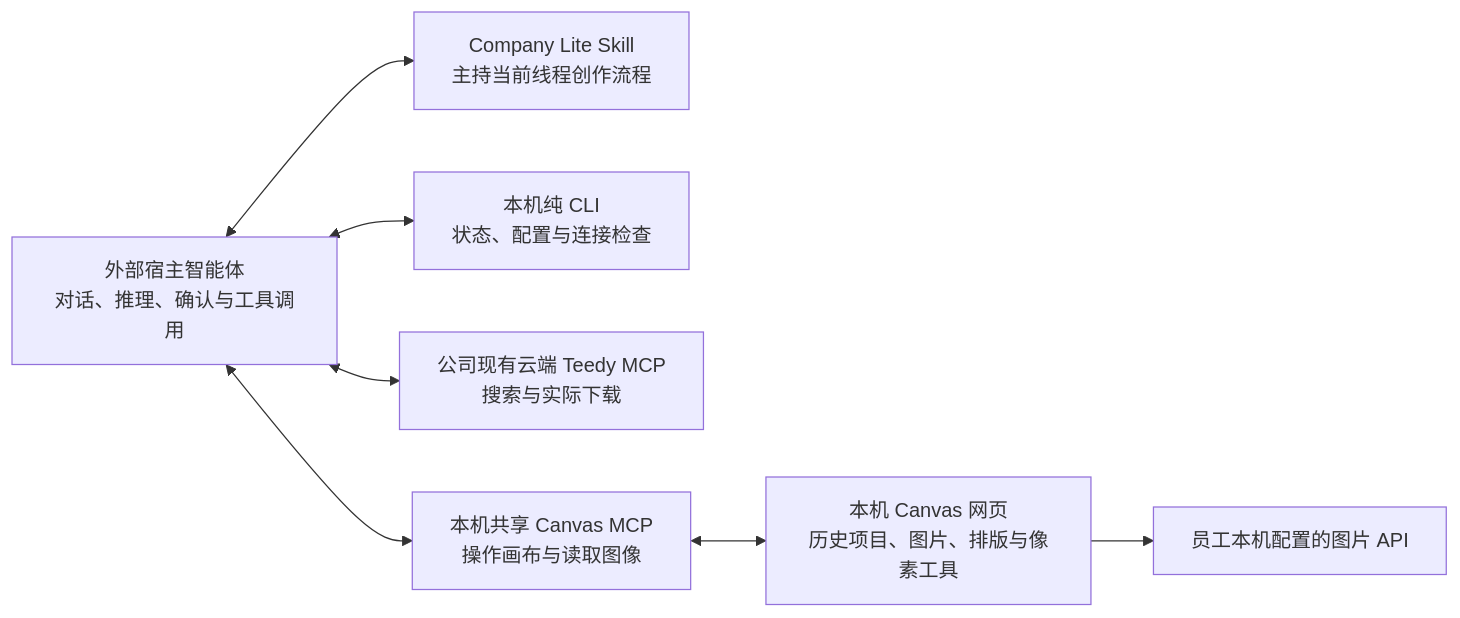
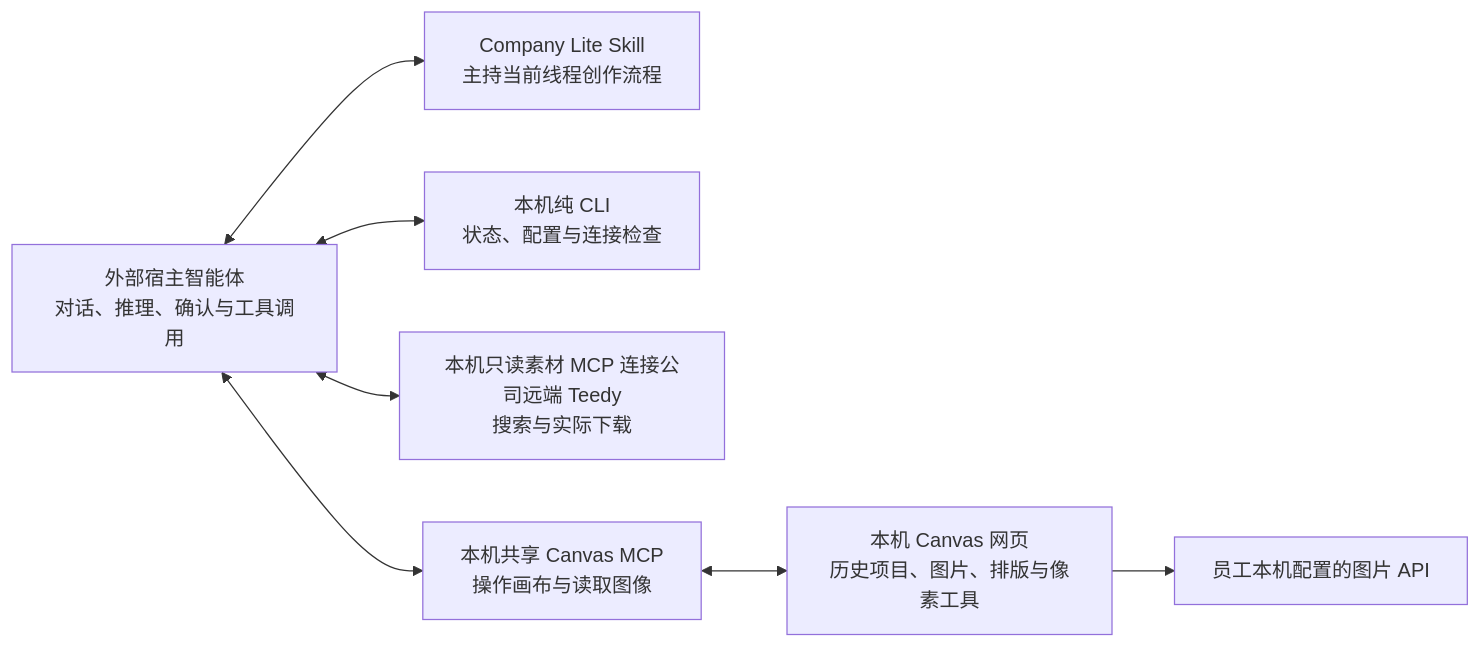
The diagram in Creative_Agent_Studio_PRD.md (akechi0819-lgtm/creative-Agent-studio), drawn with Mermaid before and after one commit. The commit also changed other lines of this file and 21 other files, not shown here.

````diff
--- a/Creative_Agent_Studio_PRD.md
+++ b/Creative_Agent_Studio_PRD.md
@@ -13,9 +13,9 @@
 ```mermaid
 flowchart LR
   HOST["外部宿主智能体<br/>对话、推理、确认与工具调用"] <--> SKILL["Company Lite Skill<br/>主持当前线程创作流程"]
   HOST <--> SETUP["本机纯 CLI<br/>状态、配置与连接检查"]
-  HOST <--> TEEDY["公司现有云端 Teedy MCP<br/>搜索与实际下载"]
+  HOST <--> TEEDY["本机只读素材 MCP 连接公司远端 Teedy<br/>搜索与实际下载"]
   HOST <--> CMCP["本机共享 Canvas MCP<br/>操作画布与读取图像"]
   CMCP <--> WEB["本机 Canvas 网页<br/>历史项目、图片、排版与像素工具"]
   WEB --> IMG["员工本机配置的图片 API"]
 ```
````
